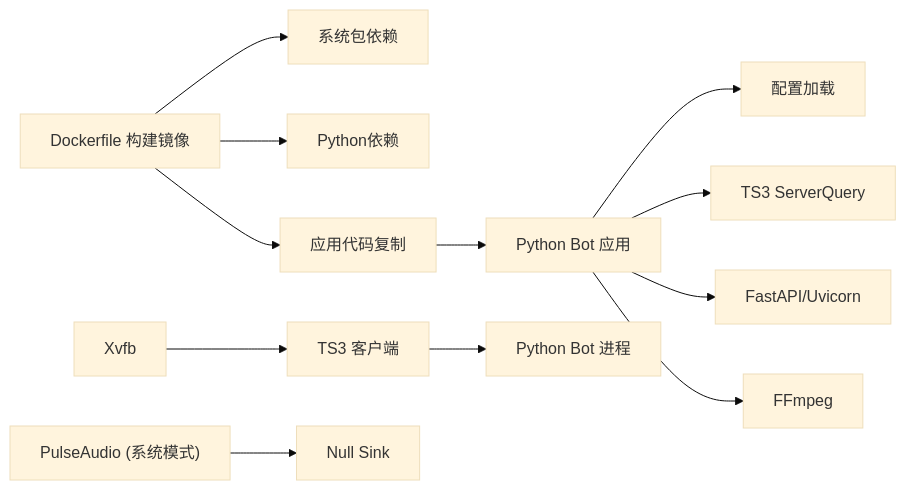
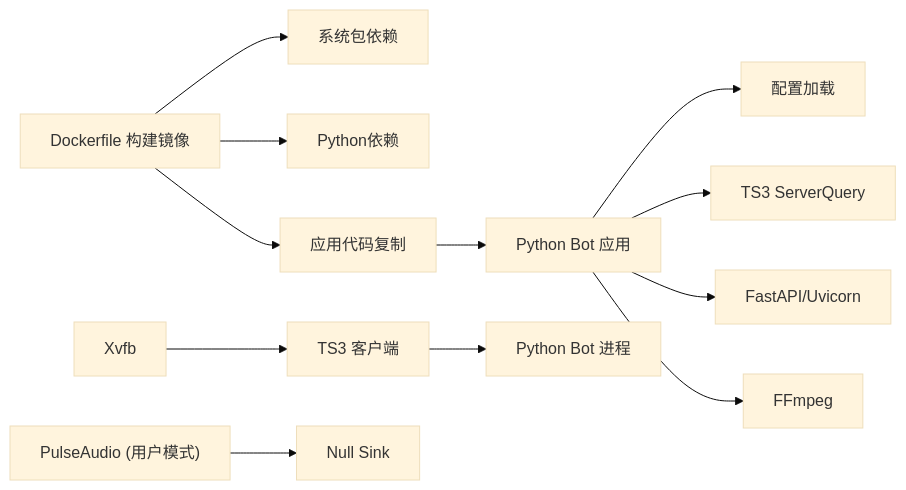
One commit to GhoulOwl/Teamspeak3_Bot changed the third of 3 diagrams in .qoder/repowiki/zh/content/部署和运维/Docker容器化部署.md. Above: the diagram before and after it, drawn with Mermaid (base theme). The commit also changed other lines of this file and 4 other files, not shown here.

````diff
--- a/.qoder/repowiki/zh/content/部署和运维/Docker容器化部署.md
+++ b/.qoder/repowiki/zh/content/部署和运维/Docker容器化部署.md
@@ -232,14 +232,14 @@
 ```mermaid
 graph LR
 Dockerfile["Dockerfile 构建镜像"] --> SysPkgs["系统包依赖"]
 Dockerfile --> PyDeps["Python依赖"]
 Dockerfile --> AppCopy["应用代码复制"]
 AppCopy --> Bot["Python Bot 应用"]
 Bot --> Config["配置加载"]
 Bot --> TS3["TS3 ServerQuery"]
 Bot --> Webhook["FastAPI/Uvicorn"]
 Bot --> FFmpeg["FFmpeg"]
 Xvfb["Xvfb"] --> TS3Client["TS3 客户端"]
-Pulse["PulseAudio (系统模式)"] --> NullSink["Null Sink"]
+Pulse["PulseAudio (用户模式)"] --> NullSink["Null Sink"]
 TS3Client --> BotProc["Python Bot 进程"]
 ```
````
